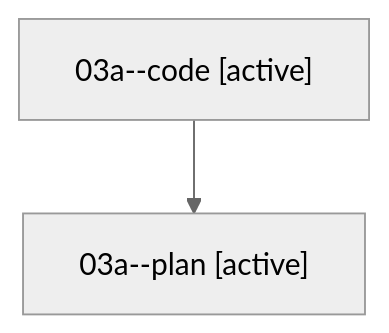
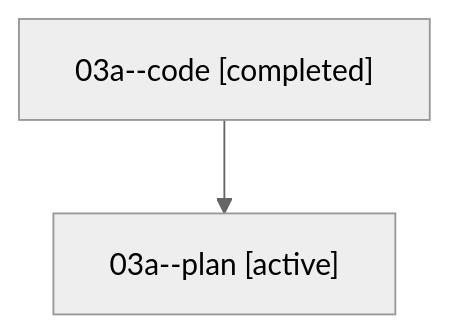
Before and after one commit to sase-org/sase--agents: the diagram in families/bbugyi200.athena.03a.md, drawn with Mermaid (neutral theme). The commit also changed other lines of this file and 35830 other files, not shown here.

````diff
--- a/families/bbugyi200.athena.03a.md
+++ b/families/bbugyi200.athena.03a.md
@@ -9,6 +9,6 @@
 ```mermaid
 flowchart TD
-  n0["03a--code [active]"]
+  n0["03a--code [completed]"]
   n1["03a--plan [active]"]
   n0 --> n1
 ```
````
